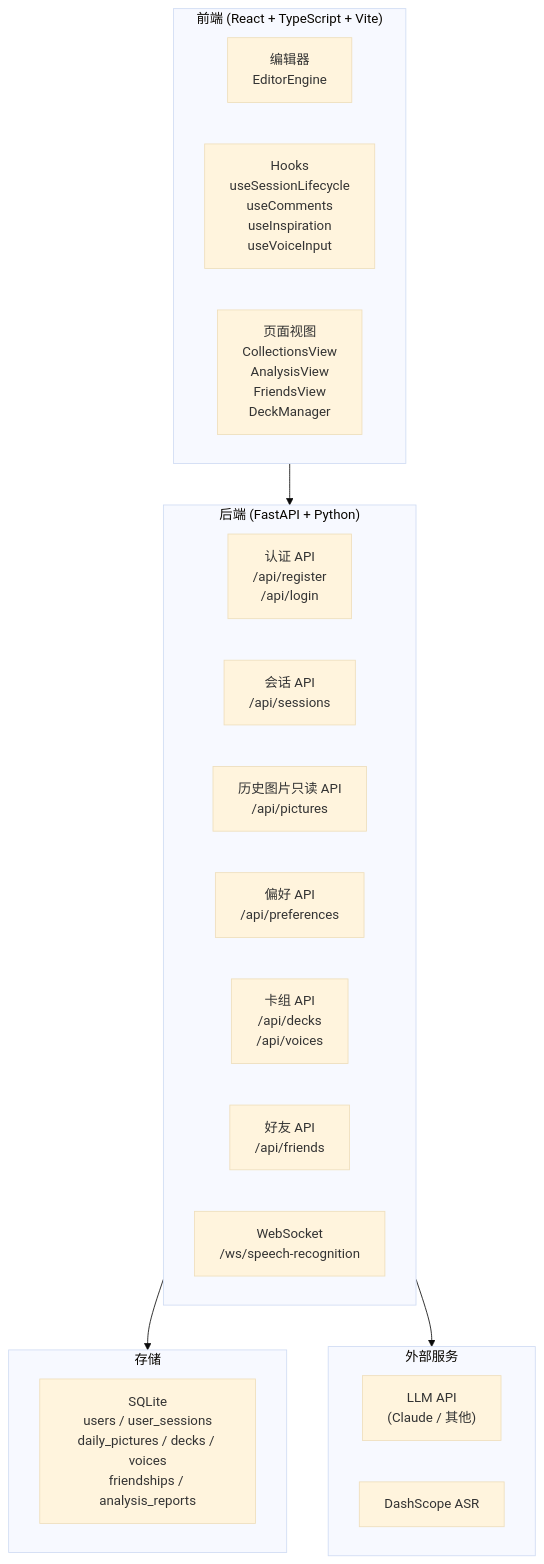
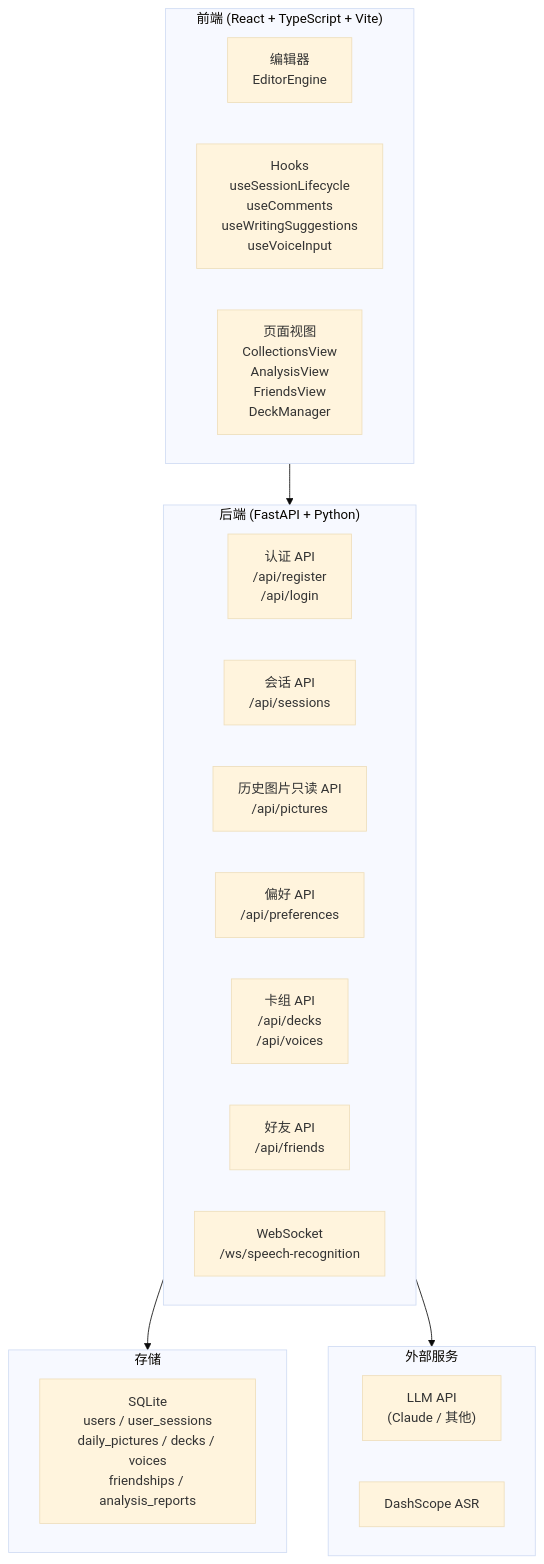
One commit to glide-the/im-dream changed diagram 17 of 17 in docs/design/sequence-diagrams.md. Above: the diagram before and after it, drawn with Mermaid (base theme). The commit also changed other lines of this file and 35 other files, not shown here.

Commit message:
feat(writing): add persistent manual suggestions

````diff
--- a/docs/design/sequence-diagrams.md
+++ b/docs/design/sequence-diagrams.md
@@ -519,31 +523,31 @@
 ```mermaid
 graph TB
     subgraph Frontend["前端 (React + TypeScript + Vite)"]
         Editor["编辑器<br/>EditorEngine"]
-        Hooks["Hooks<br/>useSessionLifecycle<br/>useComments<br/>useInspiration<br/>useVoiceInput"]
+        Hooks["Hooks<br/>useSessionLifecycle<br/>useComments<br/>useWritingSuggestions<br/>useVoiceInput"]
         Views["页面视图<br/>CollectionsView<br/>AnalysisView<br/>FriendsView<br/>DeckManager"]
     end
 
     subgraph Backend["后端 (FastAPI + Python)"]
         AuthAPI["认证 API<br/>/api/register<br/>/api/login"]
         SessionAPI["会话 API<br/>/api/sessions"]
         PictureAPI["历史图片只读 API<br/>/api/pictures"]
         PrefsAPI["偏好 API<br/>/api/preferences"]
         DeckAPI["卡组 API<br/>/api/decks<br/>/api/voices"]
         FriendAPI["好友 API<br/>/api/friends"]
         WSEndpoint["WebSocket<br/>/ws/speech-recognition"]
     end
 
     subgraph Storage["存储"]
         SQLite["SQLite<br/>users / user_sessions<br/>daily_pictures / decks / voices<br/>friendships / analysis_reports"]
     end
 
     subgraph External["外部服务"]
         LLM["LLM API<br/>(Claude / 其他)"]
         ASR["DashScope ASR"]
     end
 
     Frontend --> Backend
     Backend --> Storage
     Backend --> External
 ```
````
